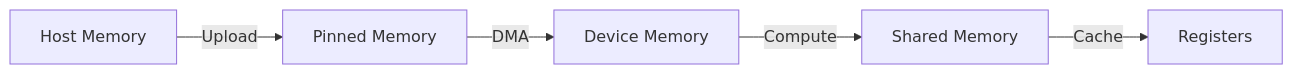
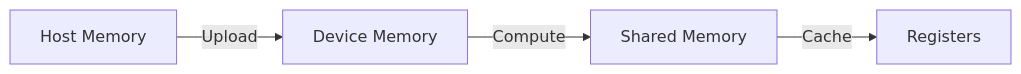
One commit to vibe-knight/cudaimg changed the third of 4 diagrams in docs/zh/whitepaper/overview.md. Above: the diagram before and after it, drawn with Mermaid. The commit also changed other lines of this file and 87 other files, not shown here.

````diff
--- a/docs/zh/whitepaper/overview.md
+++ b/docs/zh/whitepaper/overview.md
@@ -101,7 +103,6 @@
 ```mermaid
 flowchart LR
-    A[Host Memory] -->|Upload| B[Pinned Memory]
-    B -->|DMA| C[Device Memory]
-    C -->|Compute| D[Shared Memory]
-    D -->|Cache| E[Registers]
+    A[Host Memory] -->|Upload| B[Device Memory]
+    B -->|Compute| C[Shared Memory]
+    C -->|Cache| D[Registers]
 ```
````
